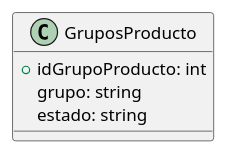
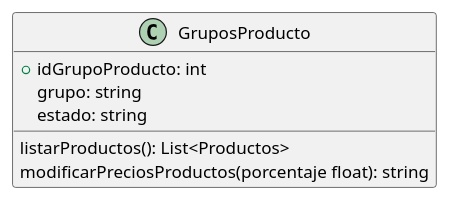
One commit to ZMGestion/DocumentacionZMGestion changed the diagram in DiagramaClases/Clases/GruposProducto.puml. Above: the diagram before and after it, drawn with PlantUML. The commit also changed 48 other files, not shown here.

Commit message:
Nuevo metodos diagrama de clases

```diff
--- a/DiagramaClases/Clases/GruposProducto.puml
+++ b/DiagramaClases/Clases/GruposProducto.puml
@@ -1,7 +1,10 @@
 @startuml GruposProducto
 class GruposProducto{
     +idGrupoProducto: int
     grupo: string
     estado: string
+
+    listarProductos(): List<Productos>
+    modificarPreciosProductos(porcentaje float): string
 }
 @enduml
```
